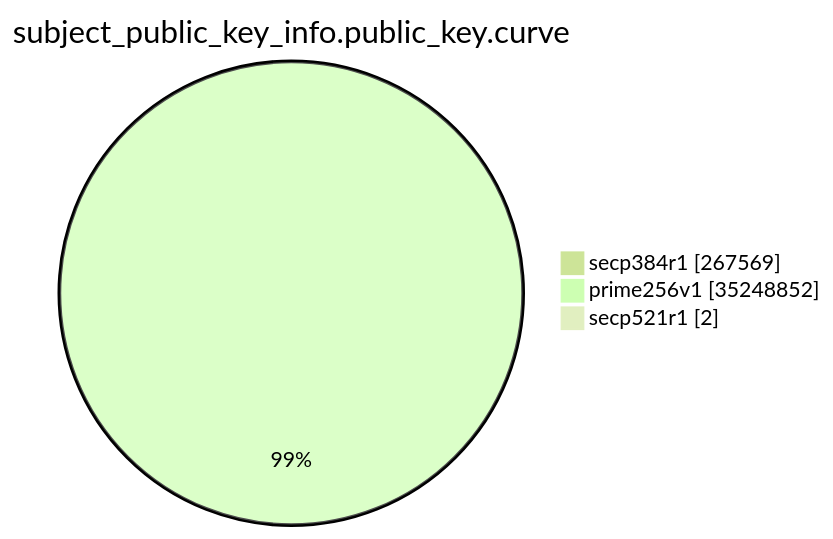
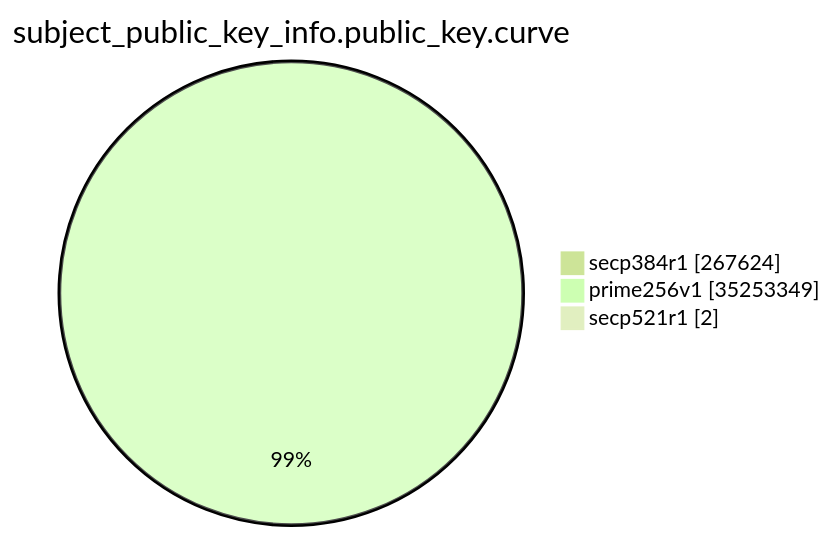
Before and after one commit to christiankrug/ctmonitor_visualization: the eighth of 15 diagrams in argon2023/README.md, drawn with Mermaid (forest theme). The commit also changed other lines of this file, not shown here.

````diff
--- a/argon2023/README.md
+++ b/argon2023/README.md
@@ -2154,7 +2154,7 @@
 ```mermaid
 pie showData
 title subject_public_key_info.public_key.curve
-"secp384r1" :267569
-"prime256v1" :35248852
+"secp384r1" :267624
+"prime256v1" :35253349
 "secp521r1" :2
 ```
````
